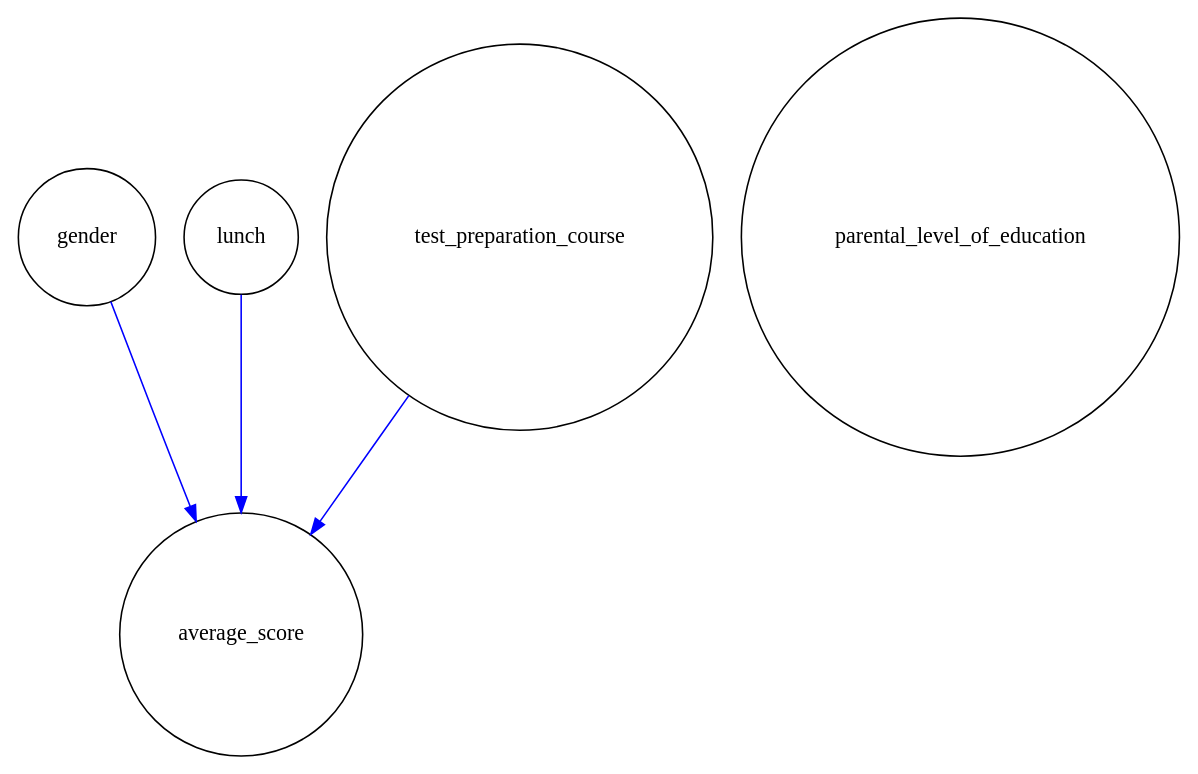
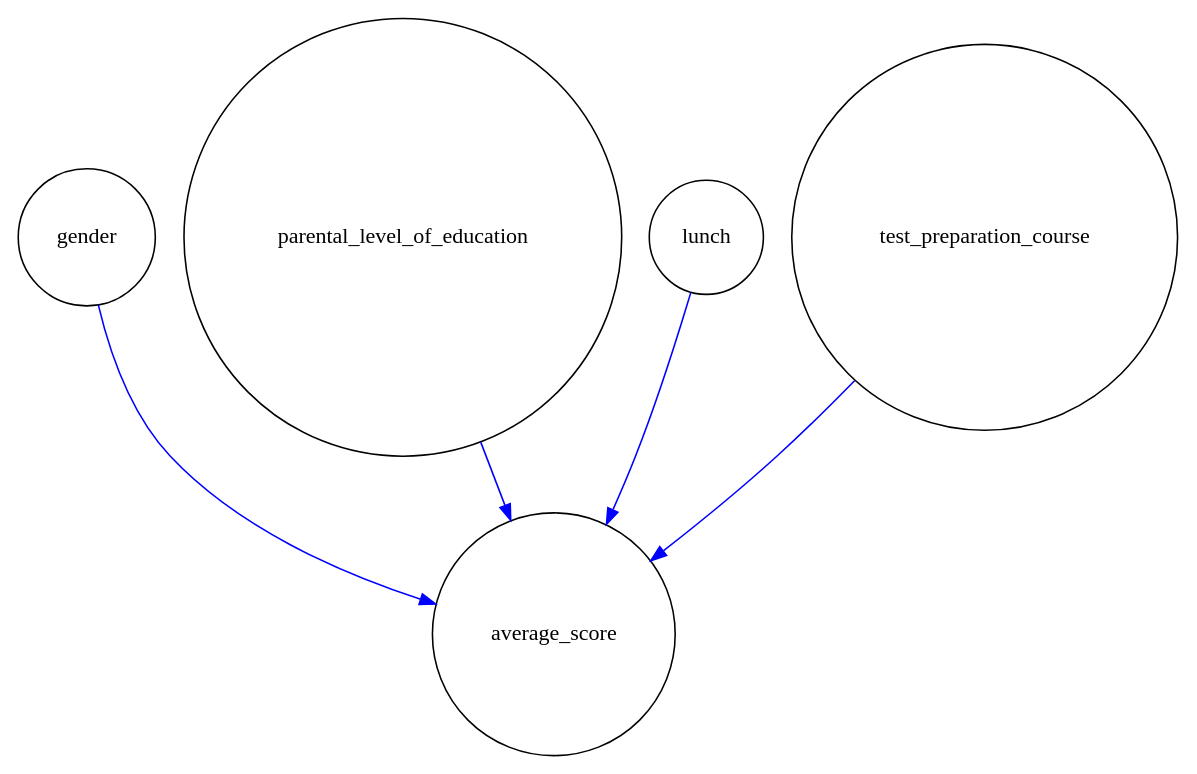
Before and after one commit to Lancelot39/Causal-Copilot: the diagram in output_graph/initial_graph.gv, drawn with Graphviz. The commit also changed 1 other file, not shown here.

```diff
--- a/output_graph/initial_graph.gv
+++ b/output_graph/initial_graph.gv
@@ -1,16 +1,17 @@
 digraph {
 	graph [K=0.5 overlap=false splines=true]
 	gender [height=.5 shape=circle width=.5]
 	parental_level_of_education [height=.5 shape=circle width=.5]
 	lunch [height=.5 shape=circle width=.5]
 	test_preparation_course [height=.5 shape=circle width=.5]
 	average_score [height=.5 shape=circle width=.5]
-	gender [height=.5 pos="6.955745797920474,3.87219018330892!" shape=circle width=.5]
-	parental_level_of_education [height=.5 pos="-9.530860762199596,-2.1589205482776666!" shape=circle width=.5]
-	lunch [height=.5 pos="4.039781795620488,-10.0!" shape=circle width=.5]
-	test_preparation_course [height=.5 pos="-3.424428778407797,8.225260106009637!" shape=circle width=.5]
-	average_score [height=.5 pos="1.959761947066432,0.06147025895910828!" shape=circle width=.5]
+	gender [height=.5 pos="-6.8281813902582105,3.257187208112213!" shape=circle width=.5]
+	parental_level_of_education [height=.5 pos="-6.707584757175892,-2.052762857045765!" shape=circle width=.5]
+	lunch [height=.5 pos="3.0556426249932844,-5.256997032674898!" shape=circle width=.5]
+	test_preparation_course [height=.5 pos="10.0,3.6150476276860437!" shape=circle width=.5]
+	average_score [height=.5 pos="0.48012352244081763,0.437525053922406!" shape=circle width=.5]
 	gender -> average_score [color=blue]
+	parental_level_of_education -> average_score [color=blue]
 	lunch -> average_score [color=blue]
 	test_preparation_course -> average_score [color=blue]
 }
```
